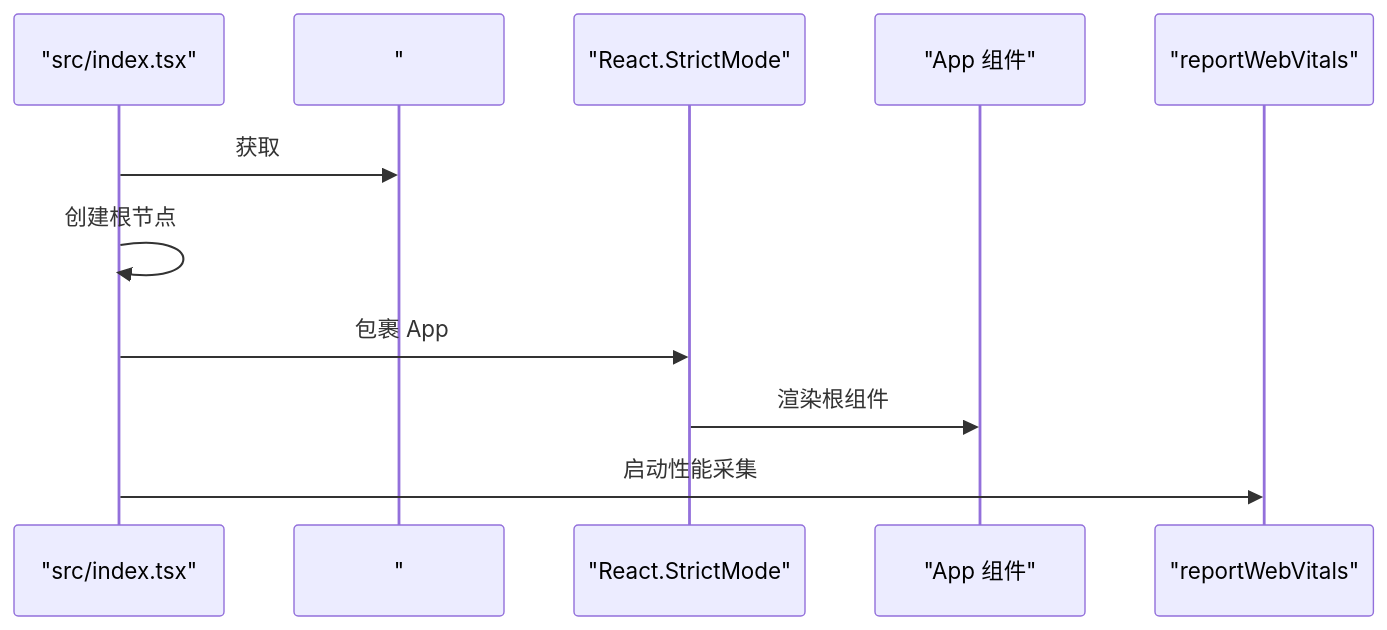
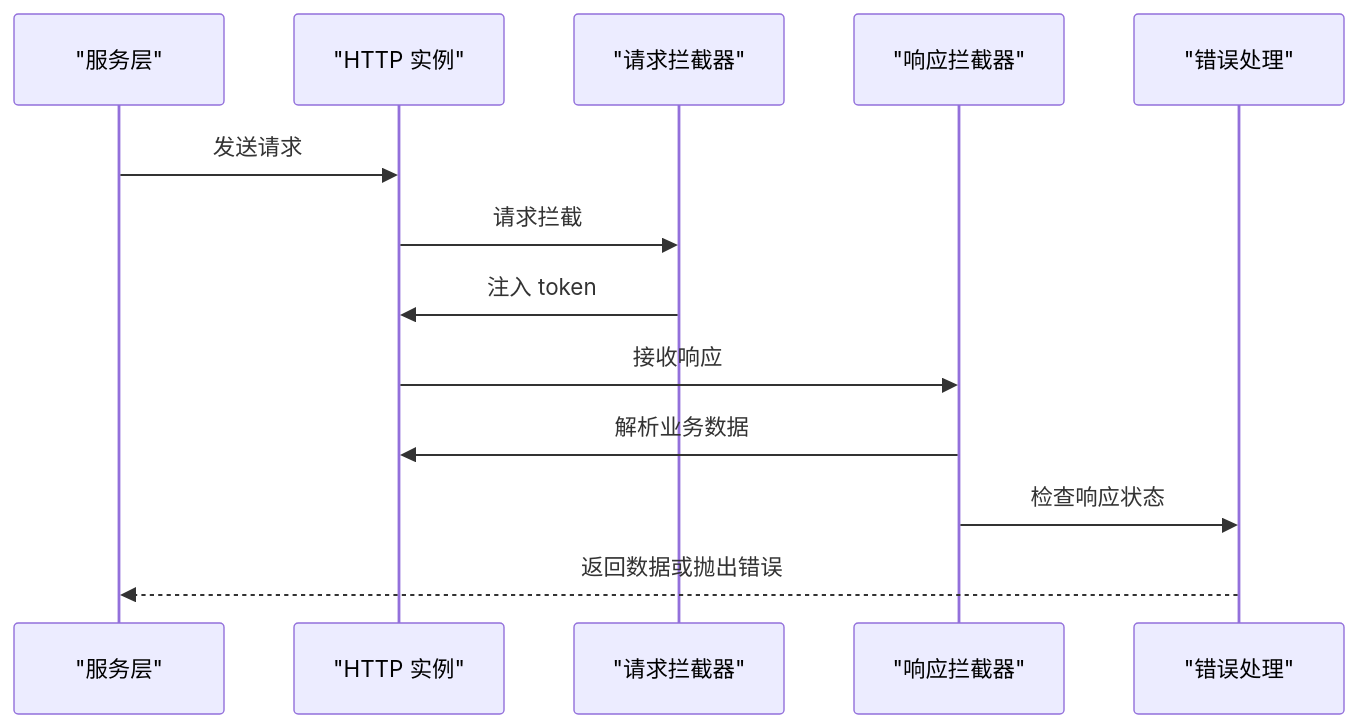
Before and after one commit to kkxxll/reactNext: the sixth of 7 diagrams in .qoder/repowiki/zh/content/核心组件/核心组件.md, drawn with Mermaid. The commit also changed other lines of this file and 12 other files, not shown here.

````diff
--- a/.qoder/repowiki/zh/content/核心组件/核心组件.md
+++ b/.qoder/repowiki/zh/content/核心组件/核心组件.md
@@ -165,13 +276,15 @@
 ```mermaid
 sequenceDiagram
-participant Entry as "src/index.tsx"
-participant DOM as "#root 容器"
-participant Strict as "React.StrictMode"
-participant App as "App 组件"
-participant Vitals as "reportWebVitals"
-Entry->>DOM : 获取 #root
-Entry->>Entry : 创建根节点
-Entry->>Strict : 包裹 App
-Strict->>App : 渲染根组件
-Entry->>Vitals : 启动性能采集
+participant Service as "服务层"
+participant HTTP as "HTTP 实例"
+participant Request as "请求拦截器"
+participant Response as "响应拦截器"
+participant Error as "错误处理"
+Service->>HTTP : 发送请求
+HTTP->>Request : 请求拦截
+Request->>HTTP : 注入 token
+HTTP->>Response : 接收响应
+Response->>HTTP : 解析业务数据
+Response->>Error : 检查响应状态
+Error-->>Service : 返回数据或抛出错误
 ```
````
